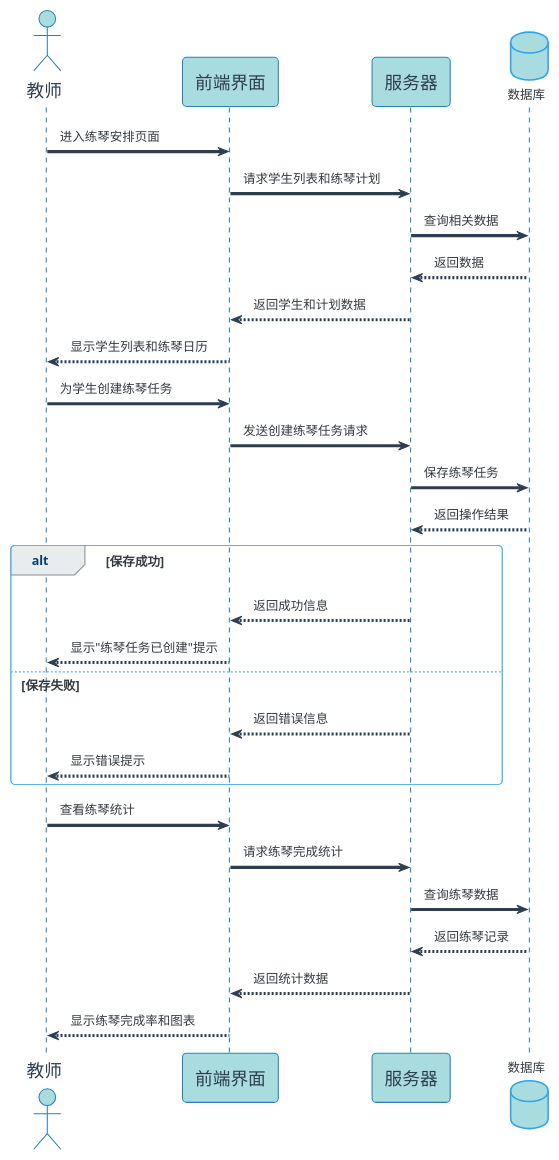
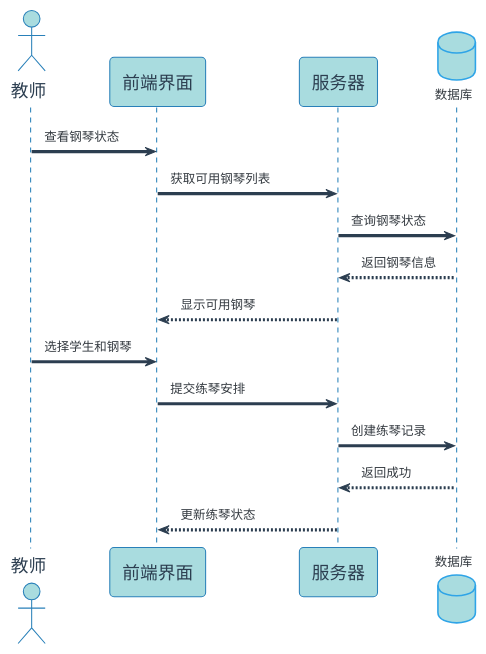
One commit to ybwlz/-git- changed the diagram in 顺序图文件/教师练琴安排.puml. Above: the diagram before and after it, drawn with PlantUML. The commit also changed 6 other files, not shown here.

```diff
--- a/顺序图文件/教师练琴安排.puml
+++ b/顺序图文件/教师练琴安排.puml
@@ -1,54 +1,39 @@
 @startuml
 !theme cerulean
 skinparam backgroundColor #FFFFFF
 skinparam sequence {
     ArrowColor #2C3E50
     ActorBorderColor #2980B9
     LifeLineBorderColor #2980B9
     LifeLineBackgroundColor #A9DCDF
     
     ParticipantBorderColor #2980B9
     ParticipantBackgroundColor #A9DCDF
     ParticipantFontName 微软雅黑
     ParticipantFontSize 17
     ParticipantFontColor #2C3E50
     
     ActorBackgroundColor #A9DCDF
     ActorFontColor #2C3E50
     ActorFontSize 17
     ActorFontName 微软雅黑
 }
 
 actor 教师 as Teacher
 participant "前端界面" as Frontend #A9DCDF
 participant "服务器" as Server #A9DCDF
 database "数据库" as DB #A9DCDF
 
-Teacher -> Frontend: 进入练琴安排页面
-Frontend -> Server: 请求学生列表和练琴计划
-Server -> DB: 查询相关数据
-DB --> Server: 返回数据
-Server --> Frontend: 返回学生和计划数据
-Frontend --> Teacher: 显示学生列表和练琴日历
+Teacher -> Frontend: 查看钢琴状态
+Frontend -> Server: 获取可用钢琴列表
+Server -> DB: 查询钢琴状态
+DB --> Server: 返回钢琴信息
+Server --> Frontend: 显示可用钢琴
 
-Teacher -> Frontend: 为学生创建练琴任务
-Frontend -> Server: 发送创建练琴任务请求
-Server -> DB: 保存练琴任务
-DB --> Server: 返回操作结果
-
-alt 保存成功
-    Server --> Frontend: 返回成功信息
-    Frontend --> Teacher: 显示"练琴任务已创建"提示
-else 保存失败
-    Server --> Frontend: 返回错误信息
-    Frontend --> Teacher: 显示错误提示
-end
-
-Teacher -> Frontend: 查看练琴统计
-Frontend -> Server: 请求练琴完成统计
-Server -> DB: 查询练琴数据
-DB --> Server: 返回练琴记录
-Server --> Frontend: 返回统计数据
-Frontend --> Teacher: 显示练琴完成率和图表
+Teacher -> Frontend: 选择学生和钢琴
+Frontend -> Server: 提交练琴安排
+Server -> DB: 创建练琴记录
+DB --> Server: 返回成功
+Server --> Frontend: 更新练琴状态
 
 @enduml 
```
